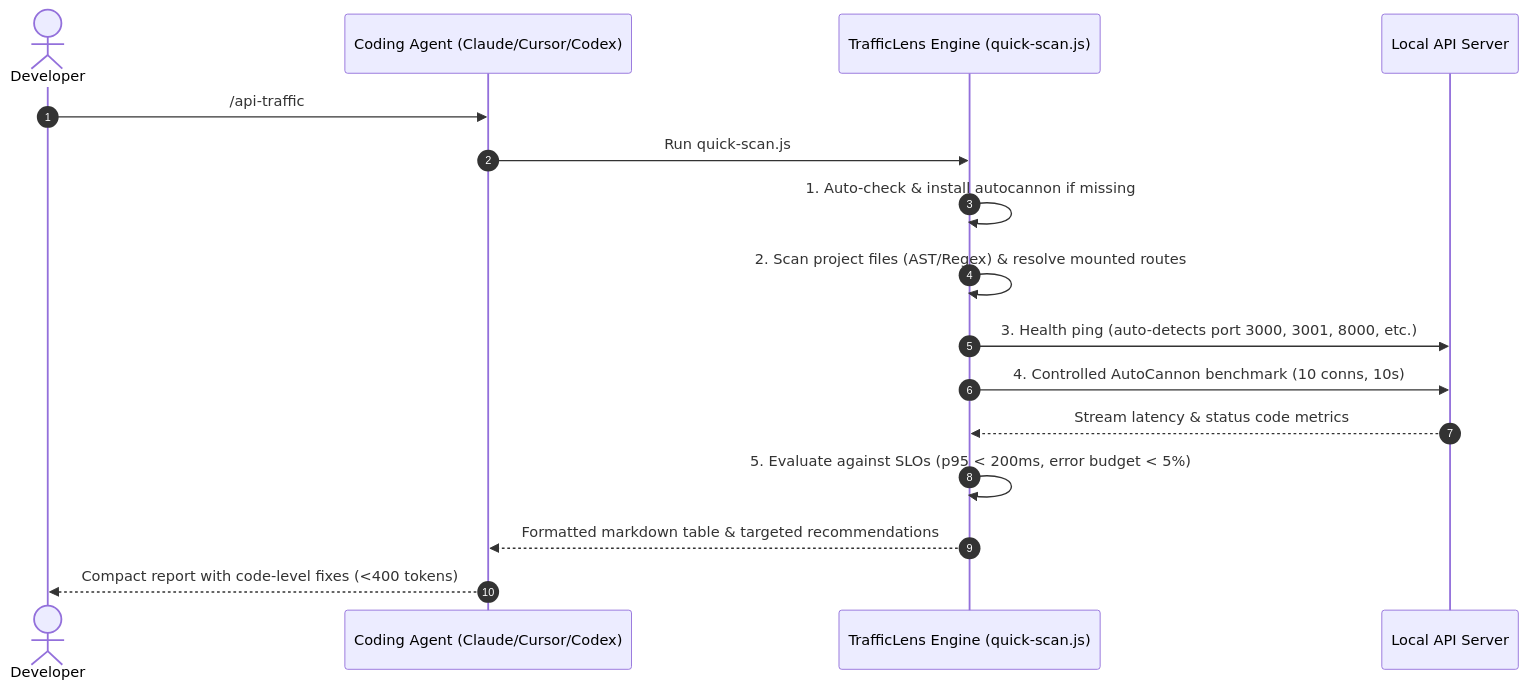
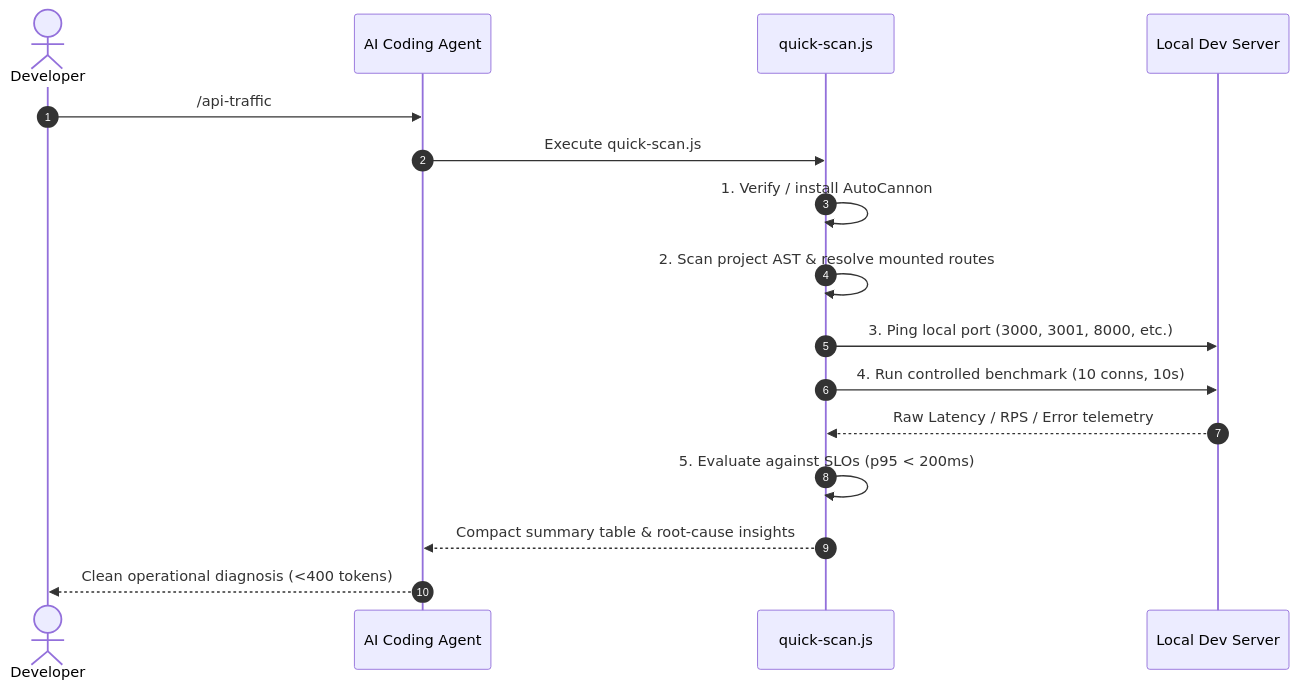
One commit to hemanshulabs/skills changed the diagram in README.md. Above: the diagram before and after it, drawn with Mermaid. The commit also changed other lines of this file and 2 other files, not shown here.

Commit message:
style: polish README structure and clean up SKILL.md completion criteria

````diff
--- a/README.md
+++ b/README.md
@@ -92,19 +114,19 @@
 ```mermaid
 sequenceDiagram
     autonumber
     actor Dev as Developer
-    participant Agent as Coding Agent (Claude/Cursor/Codex)
-    participant Engine as TrafficLens Engine (quick-scan.js)
-    participant API as Local API Server
+    participant Agent as AI Coding Agent
+    participant Engine as quick-scan.js
+    participant API as Local Dev Server
 
     Dev->>Agent: /api-traffic
-    Agent->>Engine: Run quick-scan.js
-    Engine->>Engine: 1. Auto-check & install autocannon if missing
-    Engine->>Engine: 2. Scan project files (AST/Regex) & resolve mounted routes
-    Engine->>API: 3. Health ping (auto-detects port 3000, 3001, 8000, etc.)
-    Engine->>API: 4. Controlled AutoCannon benchmark (10 conns, 10s)
-    API-->>Engine: Stream latency & status code metrics
-    Engine->>Engine: 5. Evaluate against SLOs (p95 < 200ms, error budget < 5%)
-    Engine-->>Agent: Formatted markdown table & targeted recommendations
-    Agent-->>Dev: Compact report with code-level fixes (<400 tokens)
+    Agent->>Engine: Execute quick-scan.js
+    Engine->>Engine: 1. Verify / install AutoCannon
+    Engine->>Engine: 2. Scan project AST & resolve mounted routes
+    Engine->>API: 3. Ping local port (3000, 3001, 8000, etc.)
+    Engine->>API: 4. Run controlled benchmark (10 conns, 10s)
+    API-->>Engine: Raw Latency / RPS / Error telemetry
+    Engine->>Engine: 5. Evaluate against SLOs (p95 < 200ms)
+    Engine-->>Agent: Compact summary table & root-cause insights
+    Agent-->>Dev: Clean operational diagnosis (<400 tokens)
 ```
````
